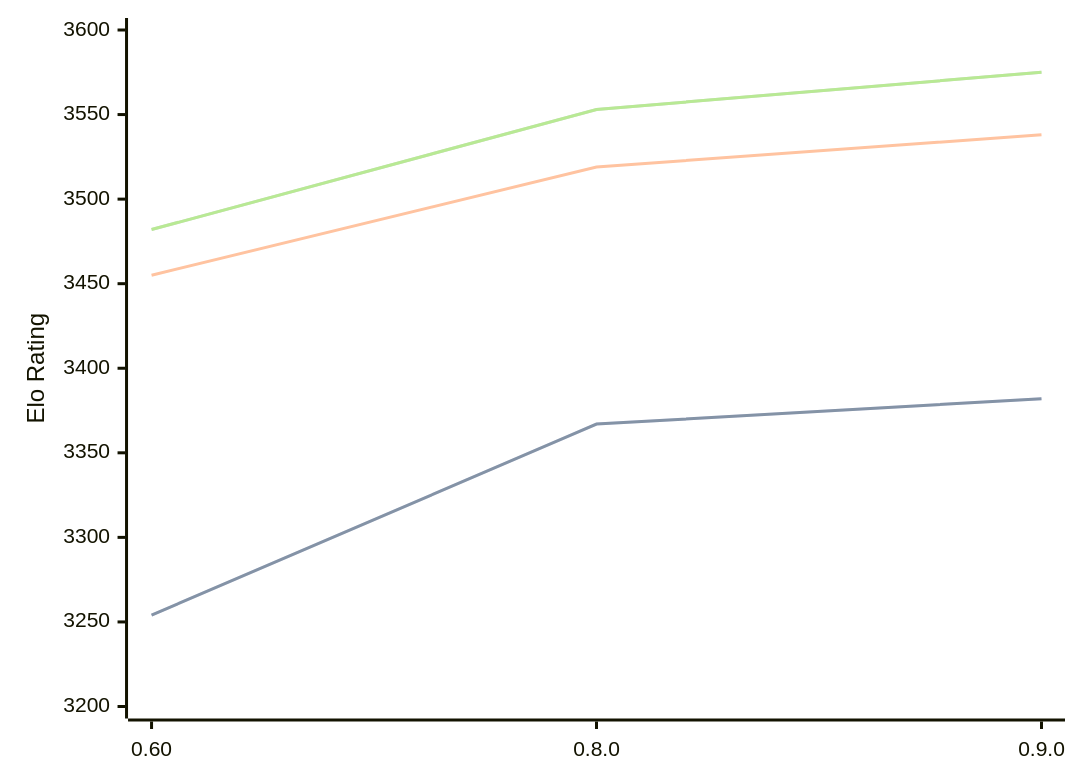
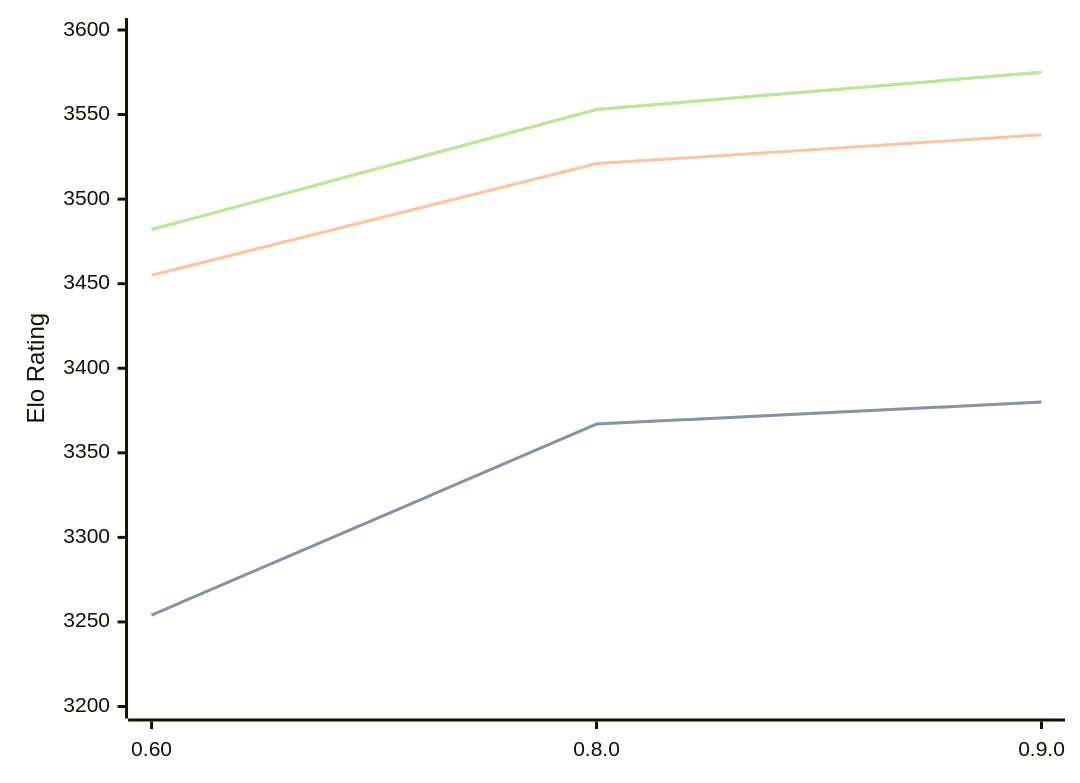
The diagram in engines/Motor.md (computer-chess-index/cci), drawn with Mermaid before and after one commit. The commit also changed other lines of this file, not shown here.

Commit message:
Update CCI Ratings (ELO VLTC) - 2026-02-26

````diff
--- a/engines/Motor.md
+++ b/engines/Motor.md
@@ -37,11 +37,11 @@
 ```mermaid
 %%{init: {"theme":"base","themeVariables":{"seriesColors:['#a3a3a3','#222221','#faa371']}}}%%
 xychart-beta
   x-axis ["0.60", "0.8.0", "0.9.0"]
   y-axis "Elo Rating" 3200 --> 3600
-  line "STC (8.0+0.08s)" [3254, 3367, 3382]
-  line "STC (8.0+0.08s)" [3254, 3367, 3382]
-  line "LTC (60.0+0.60s)" [3455, 3519, 3538]
+  line "STC (8.0+0.08s)" [3254, 3367, 3380]
+  line "STC (8.0+0.08s)" [3254, 3367, 3380]
+  line "LTC (60.0+0.60s)" [3455, 3521, 3538]
   line "VLTC (2m24s+1.12s)" [3482, 3553, 3575]
   line "VLTC (2m24s+1.12s)" [3482, 3553, 3575]
 ```
````
